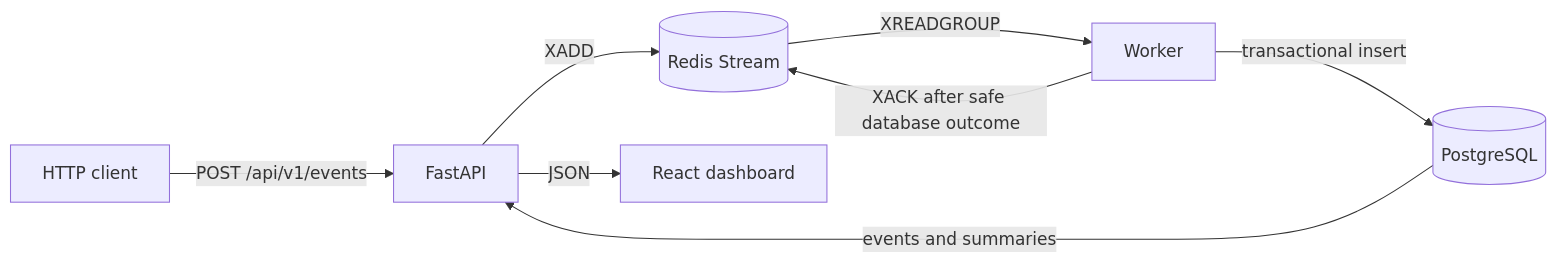
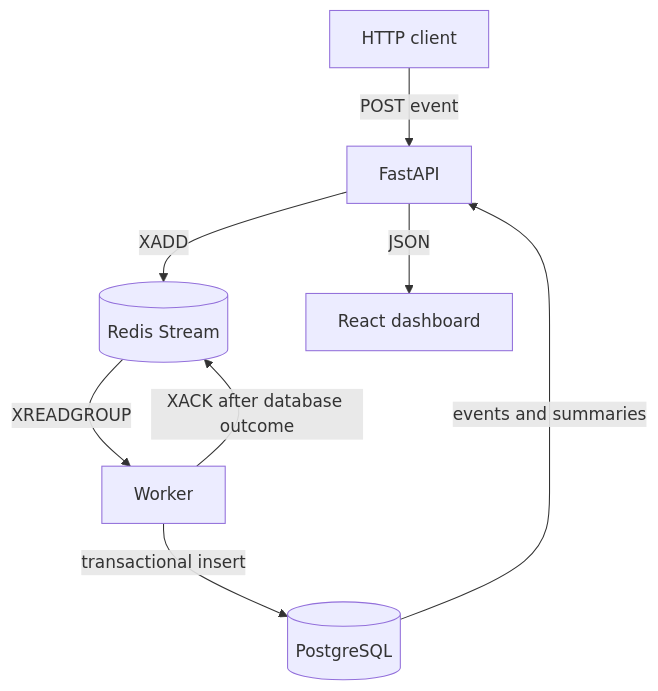
One commit to hamzaAhmed21st/eventstream changed the diagram in README.md. Above: the diagram before and after it, drawn with Mermaid. The commit also changed other lines of this file and 1 other file, not shown here.

Commit message:
docs: clarify EventStream delivery behavior and evidence

````diff
--- a/README.md
+++ b/README.md
@@ -28,10 +27,10 @@
 ```mermaid
-flowchart LR
-    C[HTTP client] -->|POST /api/v1/events| A[FastAPI]
+flowchart TD
+    C[HTTP client] -->|POST event| A[FastAPI]
     A -->|XADD| R[(Redis Stream)]
     R -->|XREADGROUP| W[Worker]
     W -->|transactional insert| P[(PostgreSQL)]
-    W -->|XACK after safe database outcome| R
+    W -->|XACK after database outcome| R
     P -->|events and summaries| A
     A -->|JSON| D[React dashboard]
 ```
````
